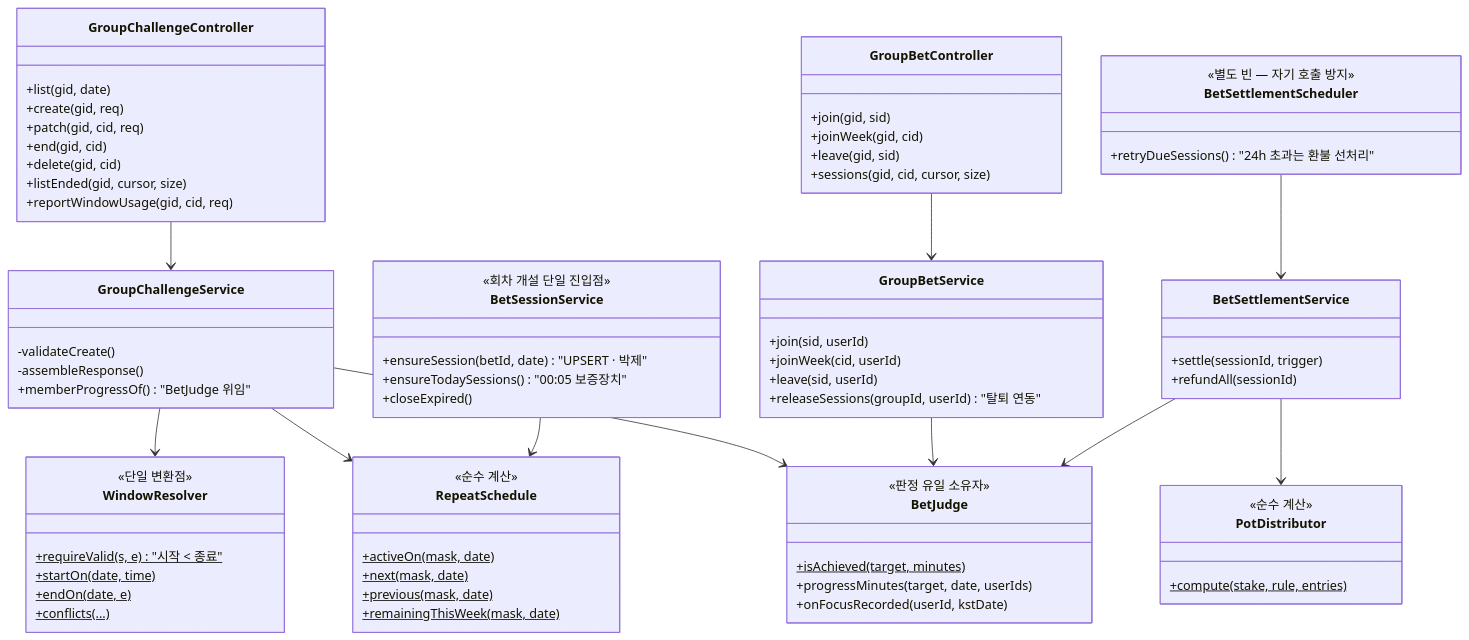
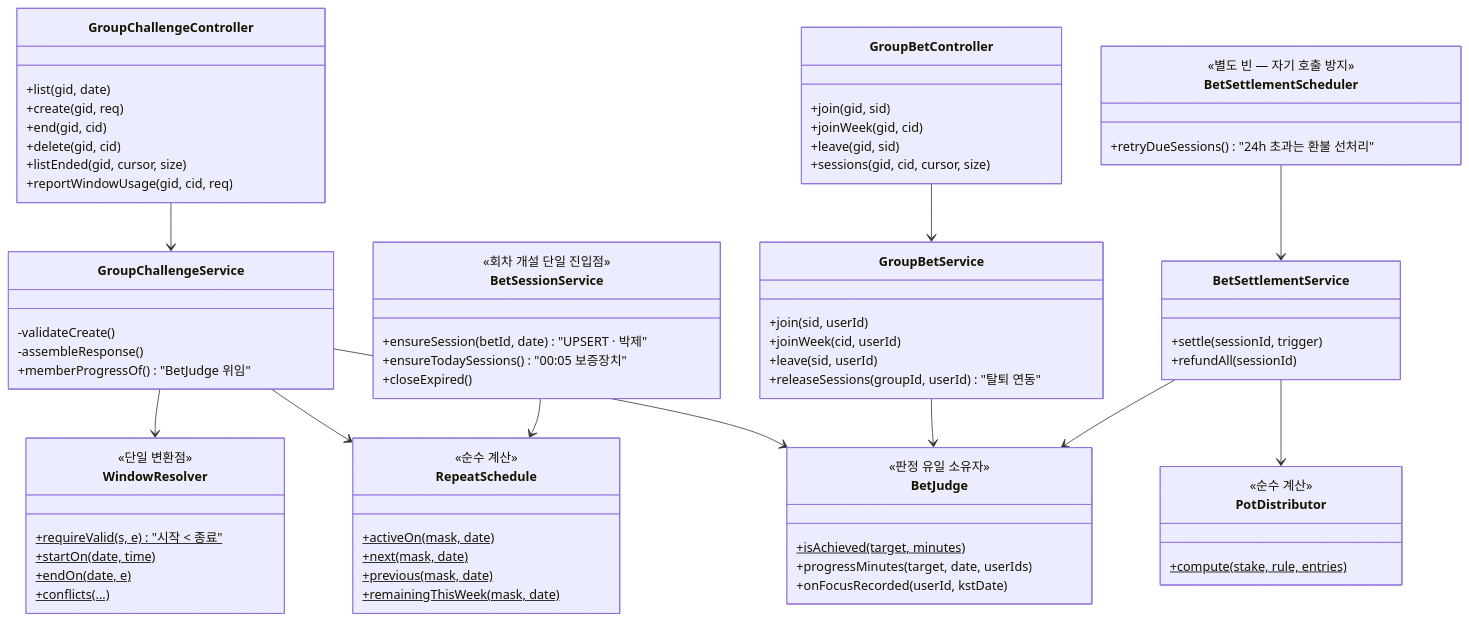
One commit to OneOrThree/phone changed the fifth of 5 diagrams in docs/prd/challenge/low-level-design.md. Above: the diagram before and after it, drawn with Mermaid. The commit also changed other lines of this file and 4 other files, not shown here.

````diff
--- a/docs/prd/challenge/low-level-design.md
+++ b/docs/prd/challenge/low-level-design.md
@@ -870,78 +921,77 @@
 ```mermaid
 classDiagram
     class GroupChallengeController {
         +list(gid, date)
         +create(gid, req)
-        +patch(gid, cid, req)
         +end(gid, cid)
         +delete(gid, cid)
         +listEnded(gid, cursor, size)
         +reportWindowUsage(gid, cid, req)
     }
     class GroupBetController {
         +join(gid, sid)
         +joinWeek(gid, cid)
         +leave(gid, sid)
         +sessions(gid, cid, cursor, size)
     }
     class GroupChallengeService {
         -validateCreate()
         -assembleResponse()
         +memberProgressOf() "BetJudge 위임"
     }
     class BetSessionService {
         <<회차 개설 단일 진입점>>
         +ensureSession(betId, date) "UPSERT · 박제"
         +ensureTodaySessions() "00:05 보증장치"
         +closeExpired()
     }
     class GroupBetService {
         +join(sid, userId)
         +joinWeek(cid, userId)
         +leave(sid, userId)
         +releaseSessions(groupId, userId) "탈퇴 연동"
     }
     class BetSettlementService {
         +settle(sessionId, trigger)
         +refundAll(sessionId)
     }
     class BetSettlementScheduler {
         <<별도 빈 — 자기 호출 방지>>
         +retryDueSessions() "24h 초과는 환불 선처리"
     }
     class BetJudge {
         <<판정 유일 소유자>>
         +isAchieved(target, minutes)$
         +progressMinutes(target, date, userIds)
         +onFocusRecorded(userId, kstDate)
     }
     class PotDistributor {
         <<순수 계산>>
         +compute(stake, rule, entries)$
     }
     class RepeatSchedule {
         <<순수 계산>>
         +activeOn(mask, date)$
         +next(mask, date)$
         +previous(mask, date)$
         +remainingThisWeek(mask, date)$
     }
     class WindowResolver {
         <<단일 변환점>>
         +requireValid(s, e)$ "시작 < 종료"
         +startOn(date, time)$
         +endOn(date, e)$
         +conflicts(...)$
     }
 
     GroupChallengeController --> GroupChallengeService
     GroupBetController --> GroupBetService
     GroupChallengeService --> BetJudge
     GroupChallengeService --> RepeatSchedule
     GroupChallengeService --> WindowResolver
     BetSessionService --> RepeatSchedule
     GroupBetService --> BetJudge
     BetSettlementScheduler --> BetSettlementService
     BetSettlementService --> BetJudge
     BetSettlementService --> PotDistributor
 ```
````
